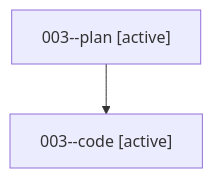
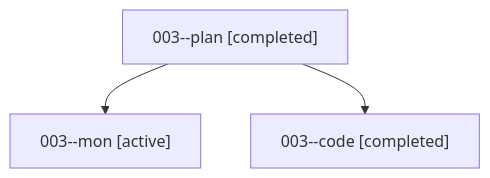
Before and after one commit to sase-org/sase--agents: the diagram in families/bbugyi200.athena.003.md, drawn with Mermaid. The commit also changed other lines of this file and 178 other files, not shown here.

````diff
--- a/families/bbugyi200.athena.003.md
+++ b/families/bbugyi200.athena.003.md
@@ -9,6 +9,8 @@
 ```mermaid
 flowchart TD
-  n0["003--plan [active]"]
-  n1["003--code [active]"]
+  n0["003--plan [completed]"]
+  n1["003--mon [active]"]
   n0 --> n1
+  n2["003--code [completed]"]
+  n0 --> n2
 ```
````
